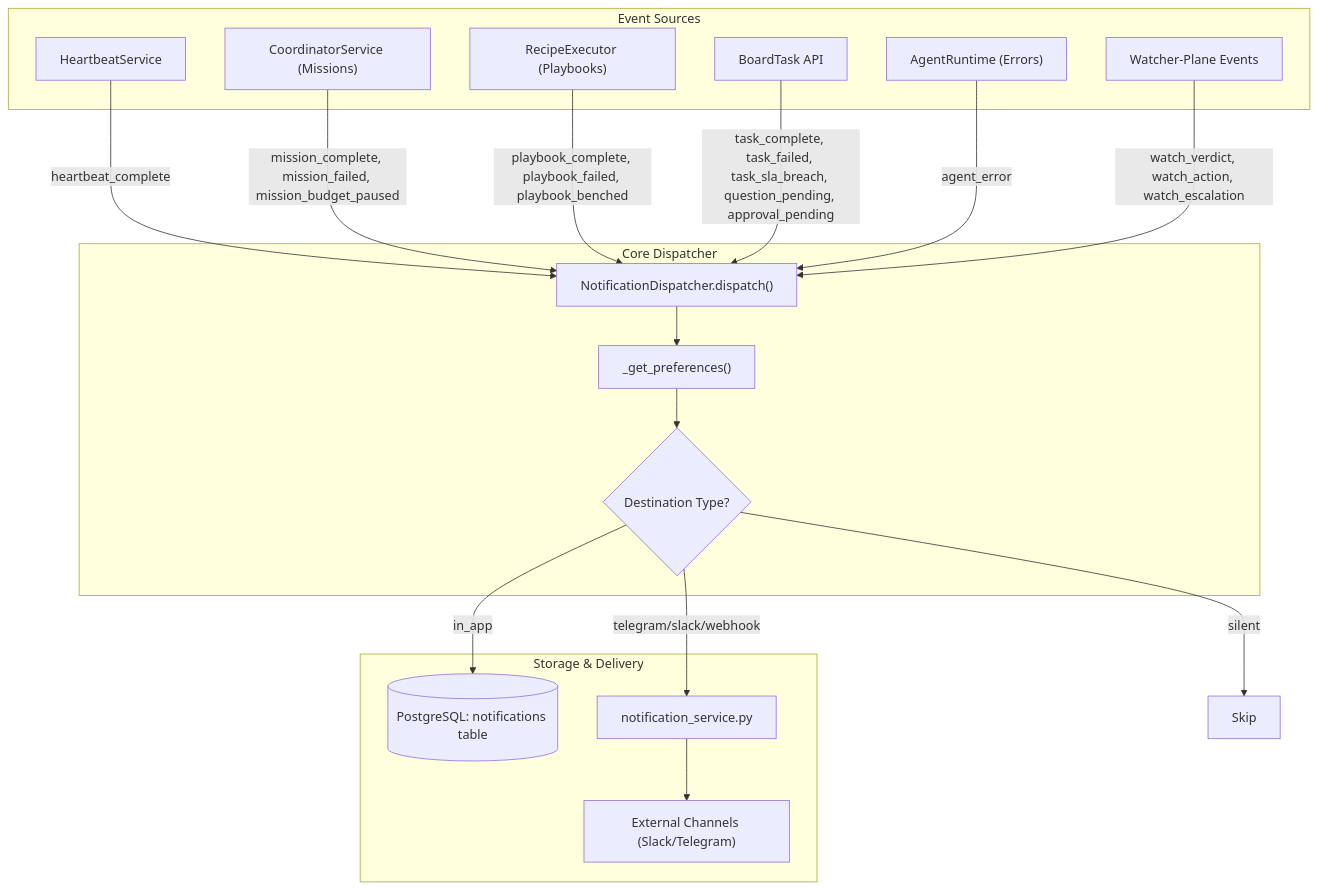
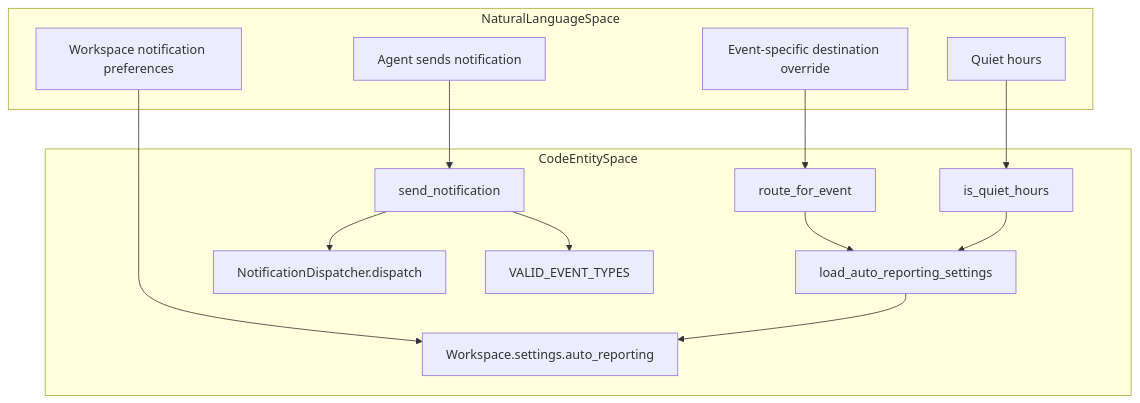
Before and after one commit to AutomatosAI/automatos-ai: the first of 4 diagrams in docs/unified-notification-system/notification-api-settings.md, drawn with Mermaid. The commit also changed other lines of this file and 188 other files, not shown here.

First line of the commit message:
docs: refresh architecture docs and add coverage for new subsystems (#1416)

````diff
--- a/docs/unified-notification-system/notification-api-settings.md
+++ b/docs/unified-notification-system/notification-api-settings.md
@@ -54,37 +53,29 @@
 ```mermaid
 graph TD
-    subgraph "Event Sources"
-        A1["HeartbeatService"]
-        A2["CoordinatorService (Missions)"]
-        A3["RecipeExecutor (Playbooks)"]
-        A4["BoardTask API"]
-        A5["AgentRuntime (Errors)"]
-        A6["Watcher-Plane Events"]
+    subgraph "NaturalLanguageSpace"
+        A["Workspace notification preferences"]
+        B["Event-specific destination override"]
+        C["Quiet hours"]
+        D["Agent sends notification"]
     end
 
-    subgraph "Core Dispatcher"
-        B["NotificationDispatcher.dispatch()"]
-        C["_get_preferences()"]
-        D{"Destination Type?"}
+    subgraph "CodeEntitySpace"
+        E["Workspace.settings.auto_reporting"]
+        F["load_auto_reporting_settings"]
+        G["route_for_event"]
+        H["is_quiet_hours"]
+        I["send_notification"]
+        J["NotificationDispatcher.dispatch"]
+        K["VALID_EVENT_TYPES"]
     end
 
-    subgraph "Storage & Delivery"
-        E[("PostgreSQL: notifications table")]
-        F["notification_service.py"]
-        G["External Channels (Slack/Telegram)"]
-    end
-
-    A1 -- "heartbeat_complete" --> B
-    A2 -- "mission_complete, mission_failed, mission_budget_paused" --> B
-    A3 -- "playbook_complete, playbook_failed, playbook_benched" --> B
-    A4 -- "task_complete, task_failed, task_sla_breach, question_pending, approval_pending" --> B
-    A5 -- "agent_error" --> B
-    A6 -- "watch_verdict, watch_action, watch_escalation" --> B
-
-    B --> C
-    C --> D
-    D -- "in_app" --> E
-    D -- "telegram/slack/webhook" --> F
-    F --> G
-    D -- "silent" --> H["Skip"]
+    A --> E
+    B --> G
+    C --> H
+    D --> I
+    I --> K
+    I --> J
+    F --> E
+    G --> F
+    H --> F
 ```
````
